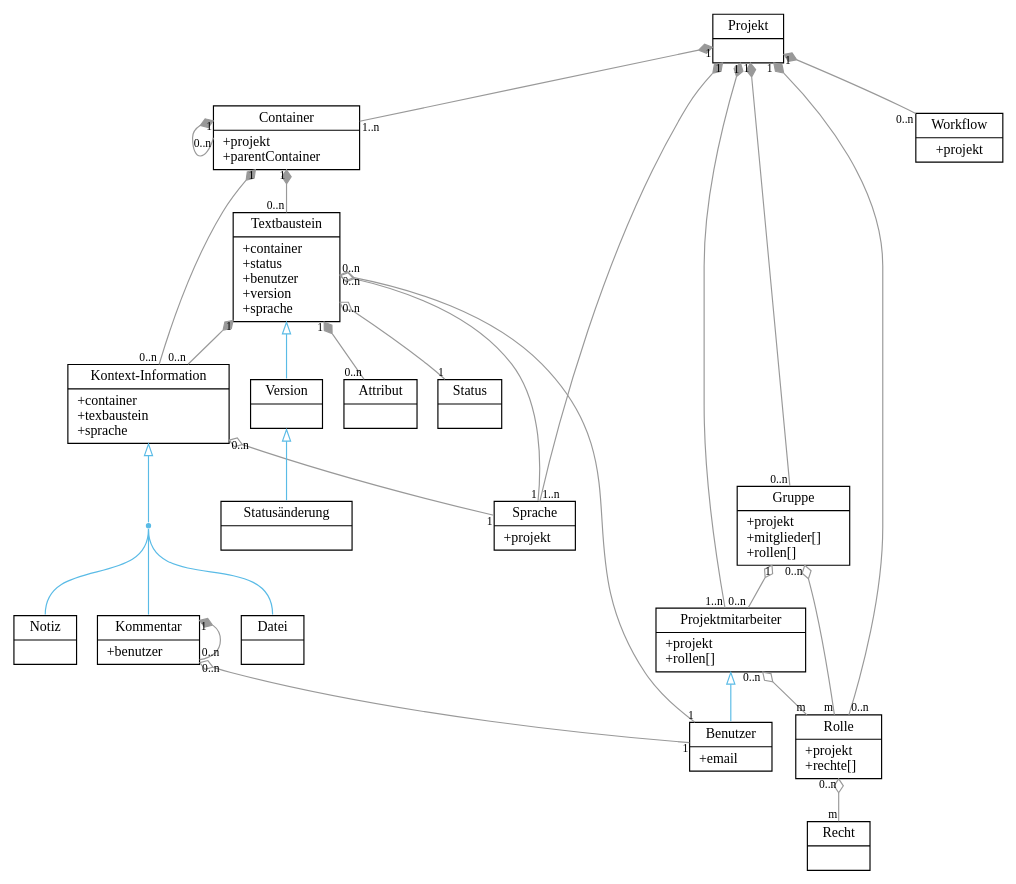
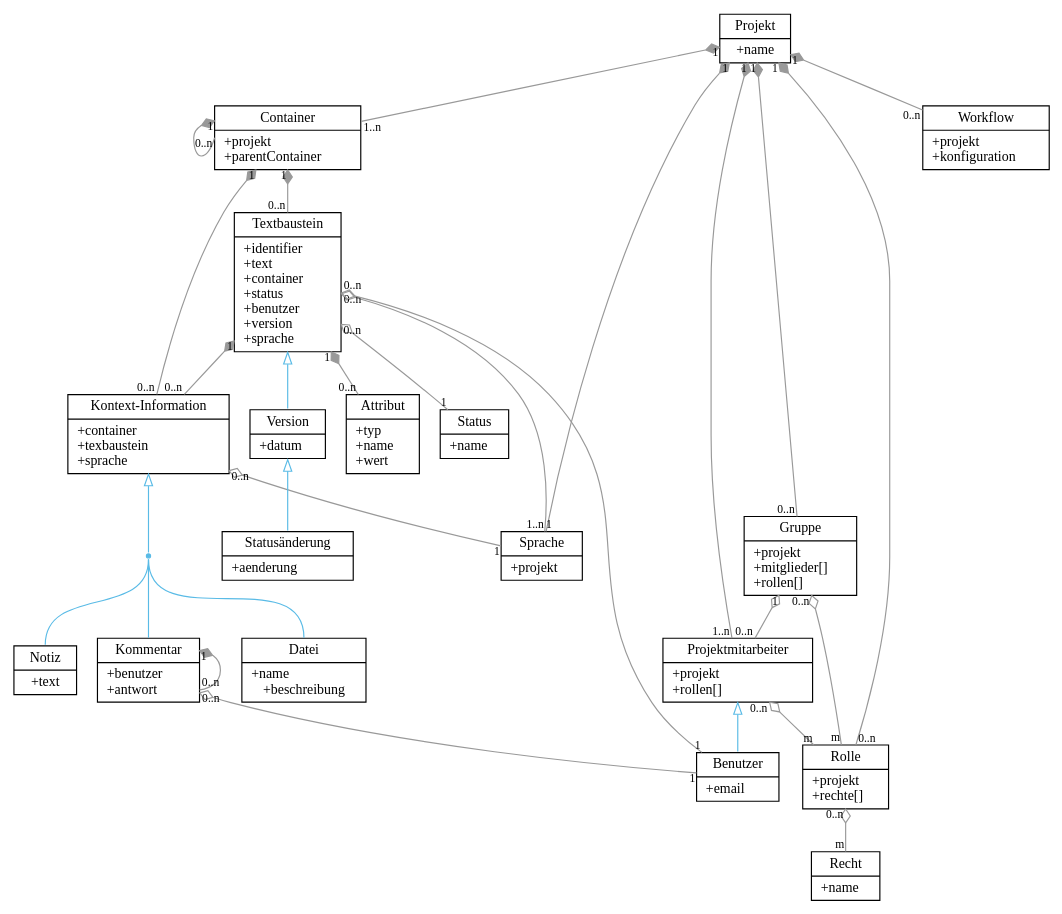
The diagram in documents/thesis/media/domain.dot (retext/retext), drawn with Graphviz before and after one commit. The commit also changed 2 other files, not shown here.

```diff
--- a/documents/thesis/media/domain.dot
+++ b/documents/thesis/media/domain.dot
@@ -1,77 +1,77 @@
 digraph G {
 
 graph [ rankdir=BT ]
 node [ shape=record fontsize=12 ]
 edge [ fontsize=10 ]
 
-Projekt [ label="{Projekt|}" ]
+Projekt [ label="{Projekt|+name}" ]
 Sprache [ label="{Sprache|+projekt\l}" ]
 Container [ label="{Container|+projekt\l+parentContainer\l}" ]
-Textbaustein [ label="{Textbaustein|+container\l+status\l+benutzer\l+version\l+sprache\l}" ]
+Textbaustein [ label="{Textbaustein|+identifier\l+text\l+container\l+status\l+benutzer\l+version\l+sprache\l}" ]
 Benutzer [ label="{Benutzer|+email\l}" ]
 Projektmitarbeiter [ label="{Projektmitarbeiter|+projekt\l+rollen[]\l}" ]
 Kontext [ label="{Kontext-Information|+container\l+texbaustein\l+sprache\l}" ]
-Kommentar [ label="{Kommentar|+benutzer\l}" ]
-Status [ label="{Status|}" ]
-StatusChange [ label="{Statusänderung|}" ]
+Kommentar [ label="{Kommentar|+benutzer\l+antwort\l}" ]
+Status [ label="{Status|+name\l}" ]
+StatusChange [ label="{Statusänderung|+aenderung\l}" ]
 Rolle [ label="{Rolle|+projekt\l+rechte[]\l}" ]
-Recht [ label="{Recht|}" ]
+Recht [ label="{Recht|+name\l}" ]
 Gruppe [ label="{Gruppe|+projekt\l+mitglieder[]\l+rollen[]\l}" ]
-Version [ label="{Version|}" ]
-Workflow [ label="{Workflow|+projekt}" ]
-Attribut [ label="{Attribut|}" ]
-Datei [ label="{Datei|}" ]
-Notiz [ label="{Notiz|}" ]
+Version [ label="{Version|+datum\l}" ]
+Workflow [ label="{Workflow|+projekt\l+konfiguration\l}" ]
+Attribut [ label="{Attribut|+typ\l+name\l+wert\l}" ]
+Datei [ label="{Datei|+name\l+beschreibung}" ]
+Notiz [ label="{Notiz|+text}" ]
 
 
 # Association
 edge [ arrowhead=none color="#999999" ]
 
 # Aggregation
 # Aggregation can occur when a class is a collection or container of other classes, but where the contained classes do not have a strong life cycle dependency on the container—essentially, if the container is destroyed, its contents are not.
 # In UML, it is graphically represented as a hollow diamond shape on the containing class end of the tree with lines that connect contained classes to the containing class.
 edge [ arrowhead=odiamond ]
 Status -> Textbaustein [ taillabel="1" headlabel="0..n" ]
 Recht -> Rolle [ taillabel="m" headlabel="0..n" ]
 Benutzer -> Textbaustein [ taillabel="1" headlabel="0..n" ]
 Benutzer -> Kommentar [ taillabel="1" headlabel="0..n" ]
 Sprache -> Kontext [ taillabel="1" headlabel="0..n" ]
 Sprache -> Textbaustein [ taillabel="1" headlabel="0..n" ]
 Projektmitarbeiter -> Gruppe [ taillabel="0..n" headlabel="1" ]
 Rolle -> Gruppe [ taillabel="m" headlabel="0..n" ]
 Rolle -> Projektmitarbeiter  [ taillabel="m" headlabel="0..n" ]
 
 # Composition
 # Composition usually has a strong life cycle dependency between instances of the container class and instances of the contained class(es): If the container is destroyed, normally every instance that it contains is destroyed as well. 
 # The UML graphical representation of a composition relationship is a filled diamond shape on the containing class end of the tree of lines that connect contained class(es) to the containing class.
 edge [ arrowhead=diamond ]
 Attribut -> Textbaustein [ taillabel="0..n" headlabel="1" ]
 Container -> Container [ taillabel="0..n" headlabel="1" tailport=w ]
 Textbaustein -> Container [ taillabel="0..n" headlabel="1" ]
 Kontext -> Container [ taillabel="0..n" headlabel="1" ]
 Kontext -> Textbaustein [ taillabel="0..n" headlabel="1" ]
 Sprache -> Projekt [ taillabel="1..n" headlabel="1" ]
 Container -> Projekt [ taillabel="1..n" headlabel="1" ]
 Workflow -> Projekt [ taillabel="0..n" headlabel="1" ]
 Projektmitarbeiter -> Projekt  [ taillabel="1..n" headlabel="1" ]
 Gruppe -> Projekt [ taillabel="0..n" headlabel="1" ]
 Rolle -> Projekt [ taillabel="0..n" headlabel="1" ]
 Kommentar -> Kommentar [ taillabel="0..n" headlabel="1" ]
 
 # Generalization
 node [ shape=point color="#5abbe6" ]
 KontextMerge
 
 edge [ arrowtail=none arrowhead=onormal color="#5abbe6" fontcolor="#5abbe6" weight=10 headport=s tailport=n ]
 Benutzer -> Projektmitarbeiter
 KontextMerge -> Kontext
 Version -> Textbaustein
 StatusChange -> Version
 
 edge [ arrowhead=none ]
 Kommentar -> KontextMerge
 Datei -> KontextMerge
 Notiz -> KontextMerge
 
 
 }
```
